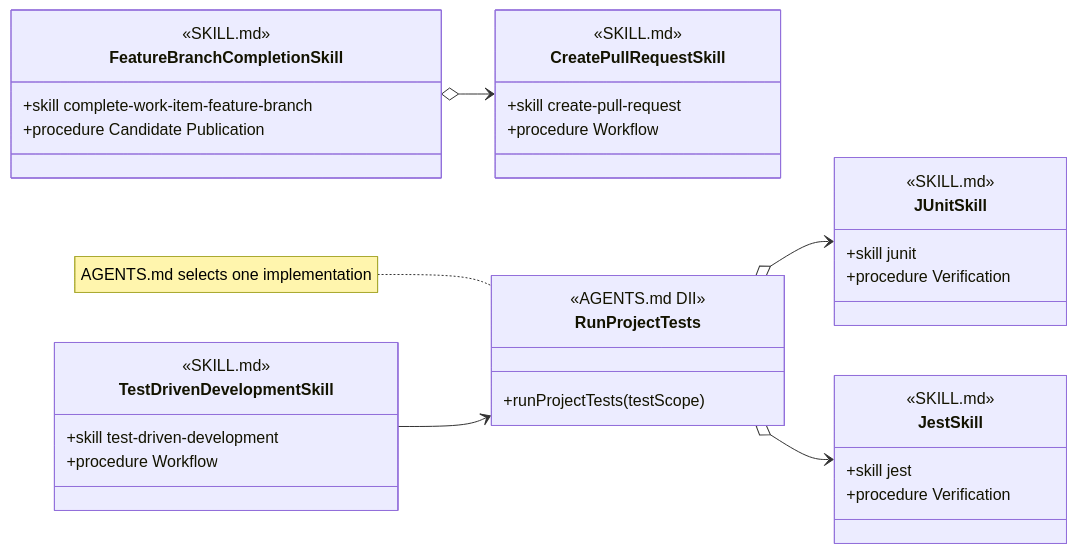
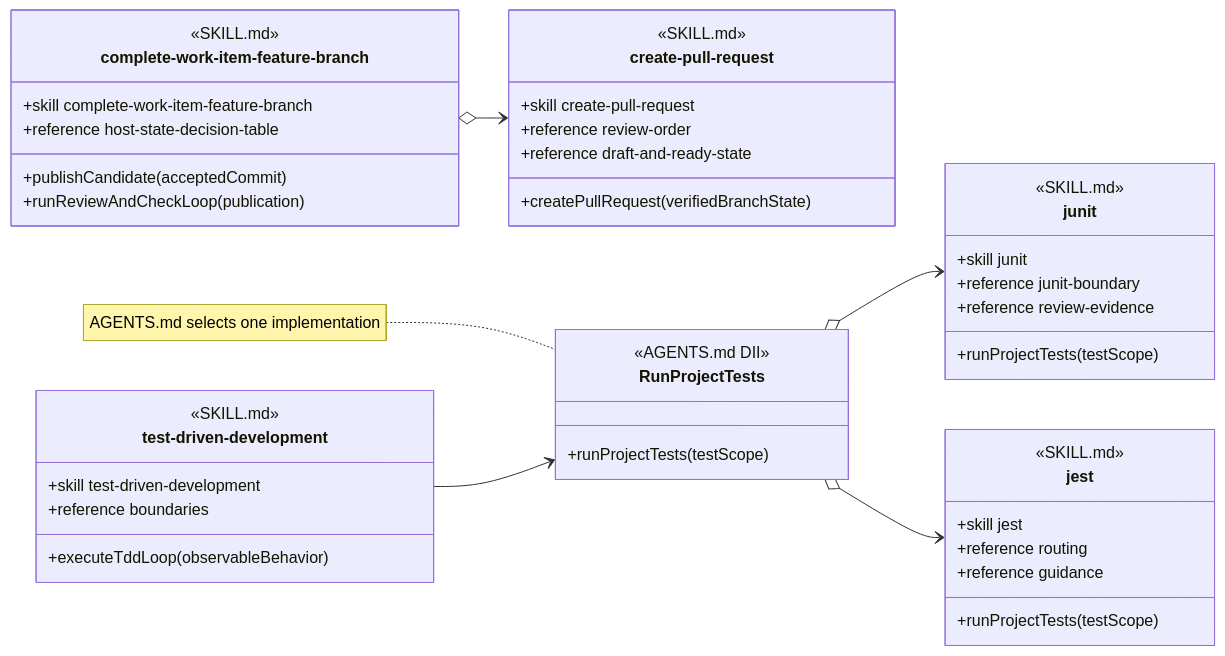
Before and after one commit to martinbechard/dev-methodology: the fourth of 11 diagrams in design/object-oriented-agent-and-skill-model.md, drawn with Mermaid. The commit also changed other lines of this file and 2 other files, not shown here.

Commit message:
Refine skill anatomy modeling

````diff
--- a/design/object-oriented-agent-and-skill-model.md
+++ b/design/object-oriented-agent-and-skill-model.md
@@ -228,53 +291,62 @@
 ```mermaid
 classDiagram
     direction LR
 
-    class FeatureBranchCompletionSkill {
+    class complete-work-item-feature-branch {
         <<SKILL.md>>
         <<Peer Skill>>
         +skill complete-work-item-feature-branch
-        +procedure Candidate Publication
+        +publishCandidate(acceptedCommit)
+        +runReviewAndCheckLoop(publication)
+        +reference host-state-decision-table
     }
 
-    class CreatePullRequestSkill {
+    class create-pull-request {
         <<SKILL.md>>
         <<Peer Skill>>
         +skill create-pull-request
-        +procedure Workflow
+        +createPullRequest(verifiedBranchState)
+        +reference review-order
+        +reference draft-and-ready-state
     }
 
-    class TestDrivenDevelopmentSkill {
+    class test-driven-development {
         <<SKILL.md>>
         <<Peer Skill>>
         +skill test-driven-development
-        +procedure Workflow
+        +executeTddLoop(observableBehavior)
+        +reference boundaries
     }
 
     class RunProjectTests {
         <<AGENTS.md DII>>
         +runProjectTests(testScope)
     }
 
-    class JUnitSkill {
+    class junit {
         <<SKILL.md>>
         <<Peer Skill>>
         <<Injectable Skill>>
         +skill junit
-        +procedure Verification
+        +runProjectTests(testScope)
+        +reference junit-boundary
+        +reference review-evidence
     }
 
-    class JestSkill {
+    class jest {
         <<SKILL.md>>
         <<Peer Skill>>
         <<Injectable Skill>>
         +skill jest
-        +procedure Verification
+        +runProjectTests(testScope)
+        +reference routing
+        +reference guidance
     }
 
-    FeatureBranchCompletionSkill o--> CreatePullRequestSkill
-    TestDrivenDevelopmentSkill --> RunProjectTests
-    RunProjectTests o--> JUnitSkill
-    RunProjectTests o--> JestSkill
+    complete-work-item-feature-branch o--> create-pull-request
+    test-driven-development --> RunProjectTests
+    RunProjectTests o--> junit
+    RunProjectTests o--> jest
 
     note for RunProjectTests "AGENTS.md selects one implementation"
 ```
````
